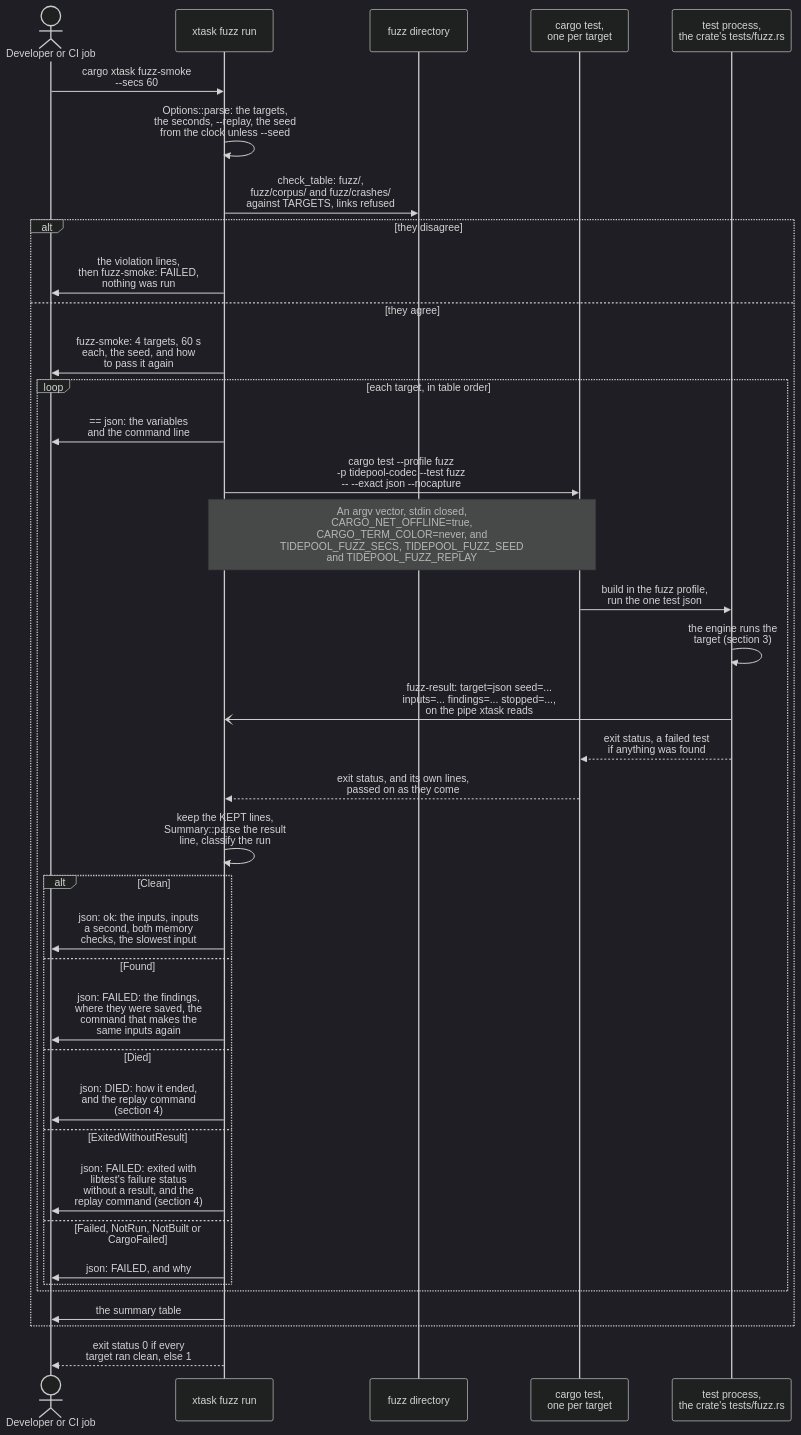
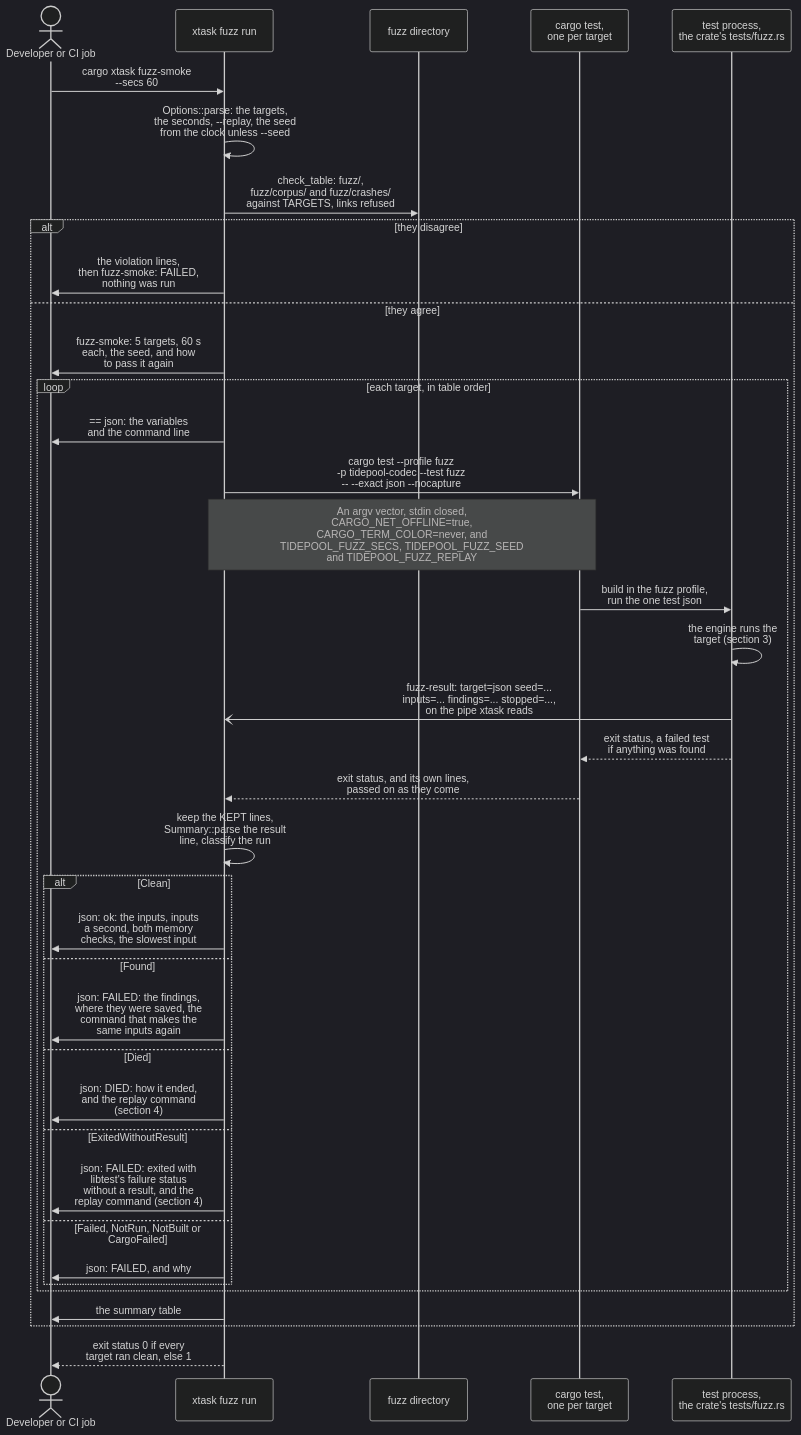
The third of 22 diagrams in diagrams/sequence-diagrams.md (jabbott-iii/Tidepool), drawn with Mermaid (dark theme) before and after one commit. The commit also changed other lines of this file and 66 other files, not shown here.

````diff
--- a/diagrams/sequence-diagrams.md
+++ b/diagrams/sequence-diagrams.md
@@ -195,41 +196,41 @@
 ```mermaid
 sequenceDiagram
     actor Dev as Developer or CI job
     participant Smoke as xtask fuzz run
     participant Fz as fuzz directory
     participant Cargo as cargo test,<br/>one per target
     participant Test as test process,<br/>the crate's tests/fuzz.rs
 
     Dev->>Smoke: cargo xtask fuzz-smoke<br/>--secs 60
     Smoke->>Smoke: Options::parse: the targets,<br/>the seconds, --replay, the seed<br/>from the clock unless --seed
     Smoke->>Fz: check_table: fuzz/,<br/>fuzz/corpus/ and fuzz/crashes/<br/>against TARGETS, links refused
     alt they disagree
         Smoke->>Dev: the violation lines,<br/>then fuzz-smoke: FAILED,<br/>nothing was run
     else they agree
-        Smoke->>Dev: fuzz-smoke: 4 targets, 60 s<br/>each, the seed, and how<br/>to pass it again
+        Smoke->>Dev: fuzz-smoke: 5 targets, 60 s<br/>each, the seed, and how<br/>to pass it again
         loop each target, in table order
             Smoke->>Dev: == json: the variables<br/>and the command line
             Smoke->>Cargo: cargo test --profile fuzz<br/>-p tidepool-codec --test fuzz<br/>-- --exact json --nocapture
             Note over Smoke,Cargo: An argv vector, stdin closed,<br/>CARGO_NET_OFFLINE=true,<br/>CARGO_TERM_COLOR=never, and<br/>TIDEPOOL_FUZZ_SECS, TIDEPOOL_FUZZ_SEED<br/>and TIDEPOOL_FUZZ_REPLAY
             Cargo->>Test: build in the fuzz profile,<br/>run the one test json
             Test->>Test: the engine runs the<br/>target (section 3)
             Test-)Smoke: fuzz-result: target=json seed=...<br/>inputs=... findings=... stopped=...,<br/>on the pipe xtask reads
             Test-->>Cargo: exit status, a failed test<br/>if anything was found
             Cargo-->>Smoke: exit status, and its own lines,<br/>passed on as they come
             Smoke->>Smoke: keep the KEPT lines,<br/>Summary::parse the result<br/>line, classify the run
             alt Clean
                 Smoke->>Dev: json: ok: the inputs, inputs<br/>a second, both memory<br/>checks, the slowest input
             else Found
                 Smoke->>Dev: json: FAILED: the findings,<br/>where they were saved, the<br/>command that makes the<br/>same inputs again
             else Died
                 Smoke->>Dev: json: DIED: how it ended,<br/>and the replay command<br/>(section 4)
             else ExitedWithoutResult
                 Smoke->>Dev: json: FAILED: exited with<br/>libtest's failure status<br/>without a result, and the<br/>replay command (section 4)
             else Failed, NotRun, NotBuilt or CargoFailed
                 Smoke->>Dev: json: FAILED, and why
             end
         end
         Smoke->>Dev: the summary table
     end
     Smoke-->>Dev: exit status 0 if every<br/>target ran clean, else 1
 ```
````
